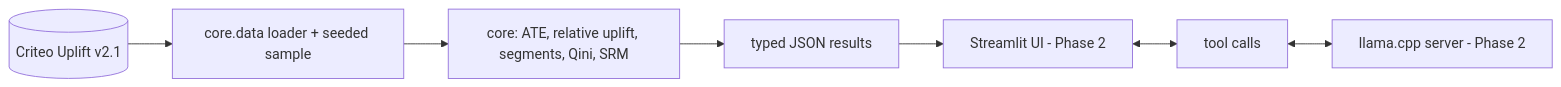
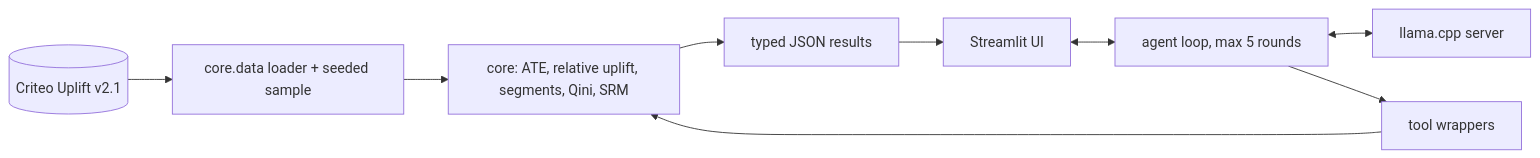
Before and after one commit to dbechrakis/uplift-analyzer: the diagram in README.md, drawn with Mermaid. The commit also changed other lines of this file and 20 other files, not shown here.

First line of the commit message:
Phase 2: Streamlit app, llama.cpp client, tool-calling agent

````diff
--- a/README.md
+++ b/README.md
@@ -11,8 +11,9 @@
 ```mermaid
 flowchart LR
     D[(Criteo Uplift v2.1)] --> L[core.data loader + seeded sample]
     L --> C[core: ATE, relative uplift, segments, Qini, SRM]
     C --> R[typed JSON results]
-    R --> UI[Streamlit UI - Phase 2]
-    UI <--> T[tool calls] <--> M[llama.cpp server - Phase 2]
+    R --> UI[Streamlit UI]
+    UI <--> A[agent loop, max 5 rounds] <--> M[llama.cpp server]
+    A --> T[tool wrappers] --> C
 ```
````
